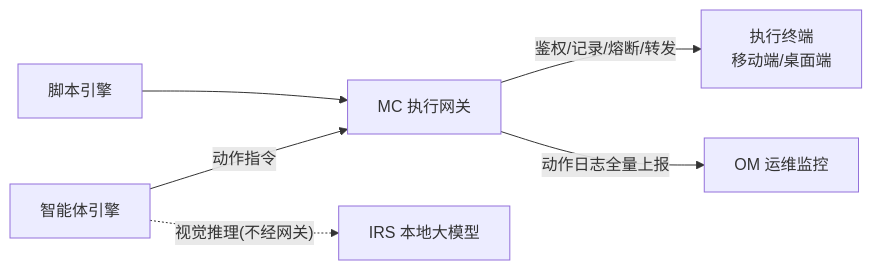
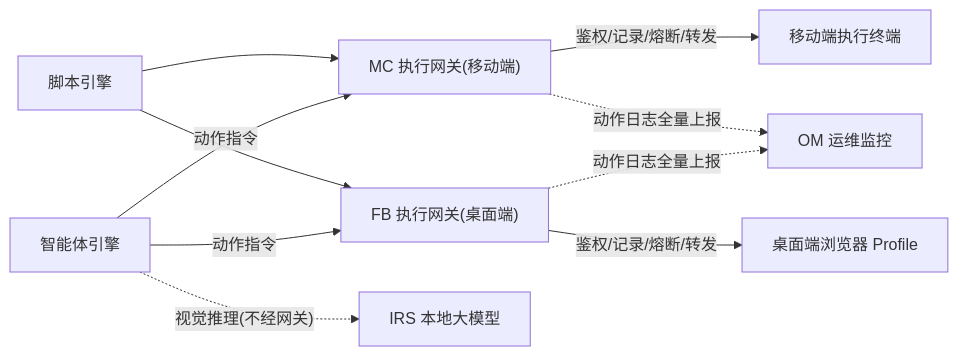
The fourth of 14 diagrams in 公司项目/认知作战/文档/软件概要设计说明.md (Sj-g/obsidian), drawn with Mermaid before and after one commit. The commit also changed other lines of this file and 1 other file, not shown here.

````diff
--- a/公司项目/认知作战/文档/软件概要设计说明.md
+++ b/公司项目/认知作战/文档/软件概要设计说明.md
@@ -174,8 +178,12 @@
 ```mermaid
 flowchart LR
-    SCRIPT["脚本引擎"] --> GW["MC 执行网关"]
-    AGENT["智能体引擎"] -->|"动作指令"| GW
+    SCRIPT["脚本引擎"] --> GWM["MC 执行网关(移动端)"]
+    SCRIPT --> GWF["FB 执行网关(桌面端)"]
+    AGENT["智能体引擎"] -->|"动作指令"| GWM
+    AGENT -->|"动作指令"| GWF
     AGENT -.->|"视觉推理(不经网关)"| IRS["IRS 本地大模型"]
-    GW -->|"鉴权/记录/熔断/转发"| DEV["执行终端<br/>移动端/桌面端"]
-    GW -->|"动作日志全量上报"| OM["OM 运维监控"]
+    GWM -->|"鉴权/记录/熔断/转发"| DEVM["移动端执行终端"]
+    GWF -->|"鉴权/记录/熔断/转发"| DEWF["桌面端浏览器 Profile"]
+    GWM -.->|"动作日志全量上报"| OM["OM 运维监控"]
+    GWF -.->|"动作日志全量上报"| OM
 ```
````
